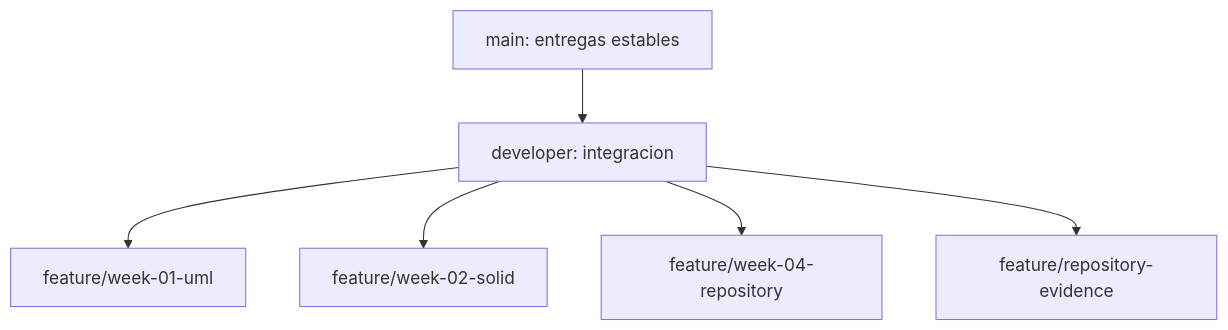
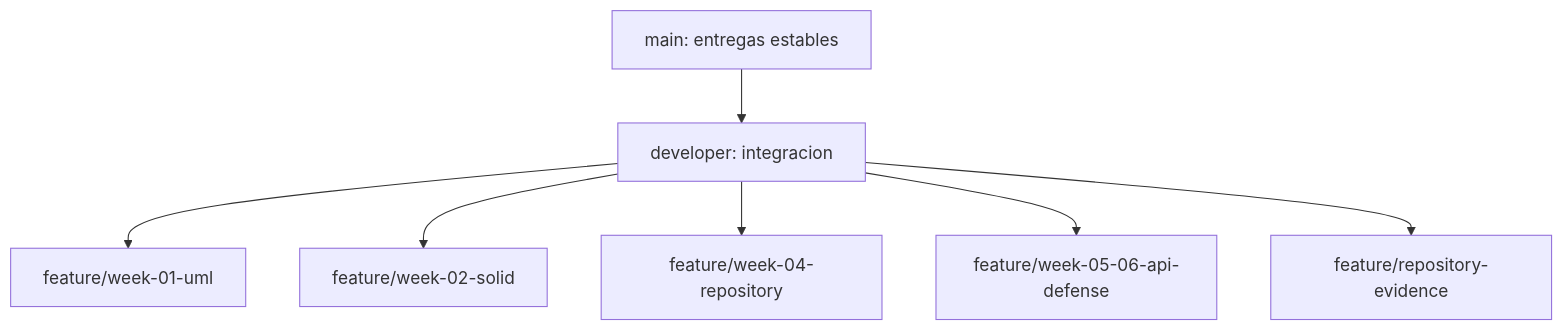
The diagram in README.md (DidhyerOrtiz/asii28-qa-funcional-tareas), drawn with Mermaid before and after one commit. The commit also changed other lines of this file and 4 other files, not shown here.

````diff
--- a/README.md
+++ b/README.md
@@ -32,15 +35,17 @@
 ```mermaid
 flowchart TB
     MAIN[main: entregas estables]
     DEV[developer: integracion]
     W1[feature/week-01-uml]
     W2[feature/week-02-solid]
     W4[feature/week-04-repository]
+    W56[feature/week-05-06-api-defense]
     EVI[feature/repository-evidence]
 
     MAIN --> DEV
     DEV --> W1
     DEV --> W2
     DEV --> W4
+    DEV --> W56
     DEV --> EVI
 ```
````
